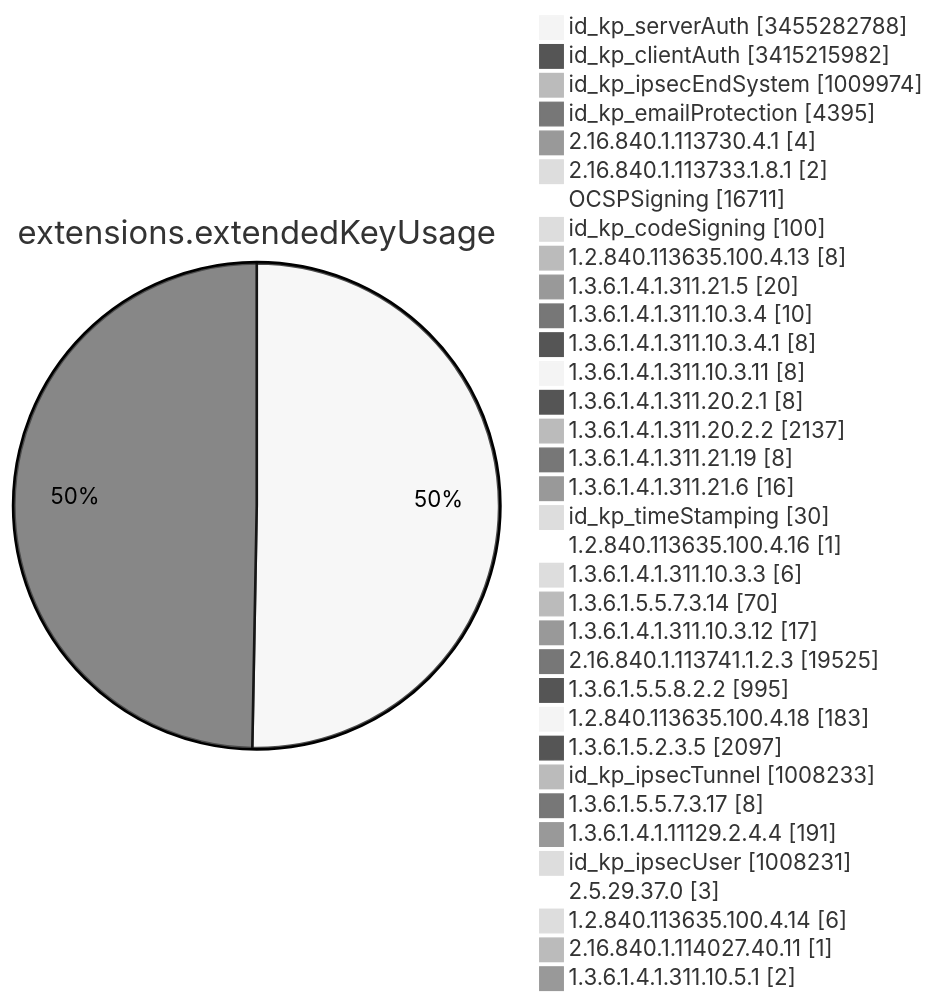
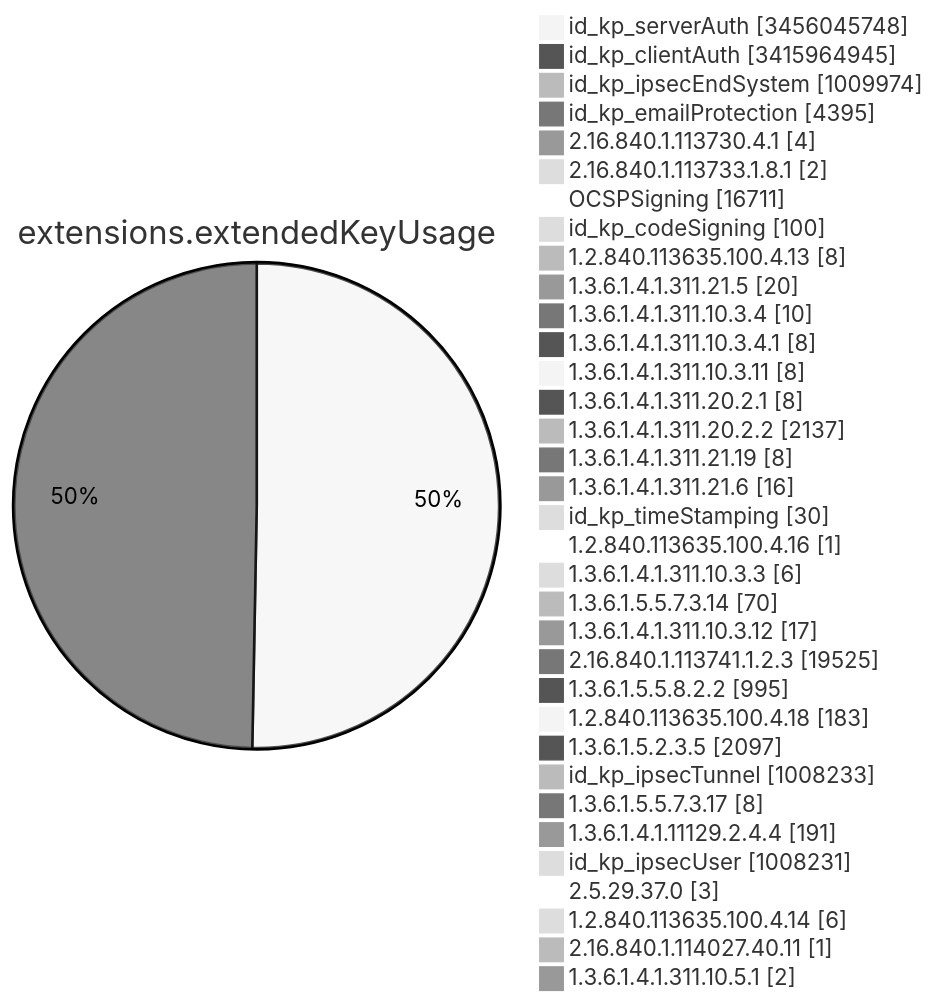
Diagram 11 of 15 in TOTAL/README.md (christiankrug/ctmonitor_visualization), drawn with Mermaid (neutral theme) before and after one commit. The commit also changed other lines of this file, not shown here.

````diff
--- a/TOTAL/README.md
+++ b/TOTAL/README.md
@@ -4123,38 +4123,38 @@
 ```mermaid
 pie showData
 title extensions.extendedKeyUsage
-"id_kp_serverAuth" :3455282788
-"id_kp_clientAuth" :3415215982
+"id_kp_serverAuth" :3456045748
+"id_kp_clientAuth" :3415964945
 "id_kp_ipsecEndSystem" :1009974
 "id_kp_emailProtection" :4395
 "2.16.840.1.113730.4.1" :4
 "2.16.840.1.113733.1.8.1" :2
 "OCSPSigning" :16711
 "id_kp_codeSigning" :100
 "1.2.840.113635.100.4.13" :8
 "1.3.6.1.4.1.311.21.5" :20
 "1.3.6.1.4.1.311.10.3.4" :10
 "1.3.6.1.4.1.311.10.3.4.1" :8
 "1.3.6.1.4.1.311.10.3.11" :8
 "1.3.6.1.4.1.311.20.2.1" :8
 "1.3.6.1.4.1.311.20.2.2" :2137
 "1.3.6.1.4.1.311.21.19" :8
 "1.3.6.1.4.1.311.21.6" :16
 "id_kp_timeStamping" :30
 "1.2.840.113635.100.4.16" :1
 "1.3.6.1.4.1.311.10.3.3" :6
 "1.3.6.1.5.5.7.3.14" :70
 "1.3.6.1.4.1.311.10.3.12" :17
 "2.16.840.1.113741.1.2.3" :19525
 "1.3.6.1.5.5.8.2.2" :995
 "1.2.840.113635.100.4.18" :183
 "1.3.6.1.5.2.3.5" :2097
 "id_kp_ipsecTunnel" :1008233
 "1.3.6.1.5.5.7.3.17" :8
 "1.3.6.1.4.1.11129.2.4.4" :191
 "id_kp_ipsecUser" :1008231
 "2.5.29.37.0" :3
 "1.2.840.113635.100.4.14" :6
 "2.16.840.1.114027.40.11" :1
 "1.3.6.1.4.1.311.10.5.1" :2
 ```
````
